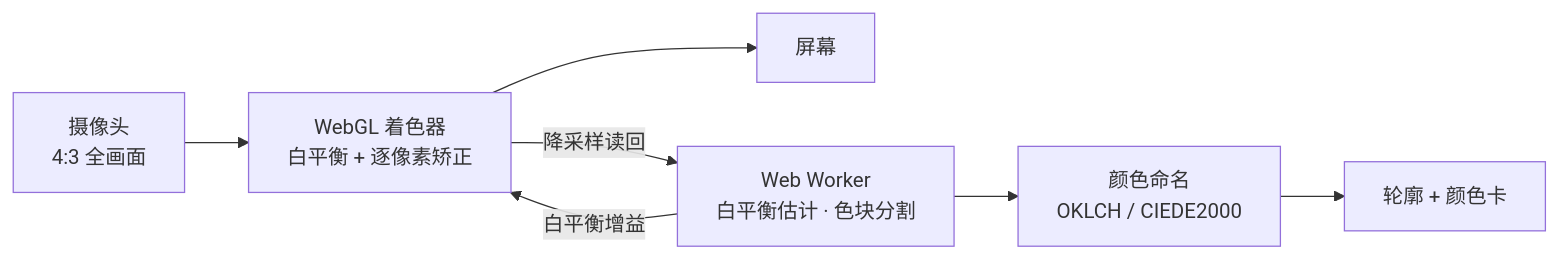
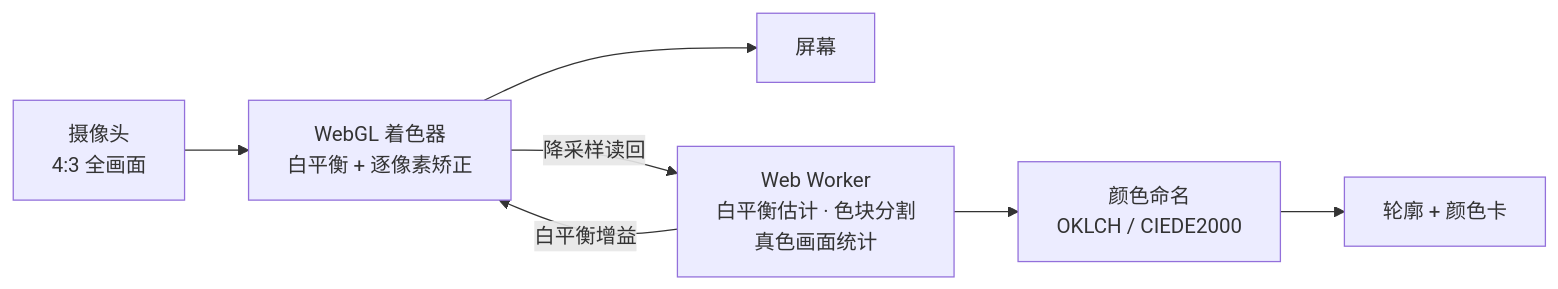
One commit to RoryLi98/AnomalousTrichromatismHelper changed the diagram in README.zh-CN.md. Above: the diagram before and after it, drawn with Mermaid. The commit also changed other lines of this file and 20 other files, not shown here.

Commit message:
v1.5.0: Real/Screen scenes, guide line, validation, chart detection, shadow/mixed-light/uncertainty, true-color correction

````diff
--- a/README.zh-CN.md
+++ b/README.zh-CN.md
@@ -81,9 +93,9 @@
 ```mermaid
 flowchart LR
     CAM["摄像头<br/>4:3 全画面"] --> GPU["WebGL 着色器<br/>白平衡 + 逐像素矫正"]
     GPU --> SCR["屏幕"]
-    GPU -- "降采样读回" --> WK["Web Worker<br/>白平衡估计 · 色块分割"]
+    GPU -- "降采样读回" --> WK["Web Worker<br/>白平衡估计 · 色块分割<br/>真色画面统计"]
     WK -- "白平衡增益" --> GPU
     WK --> NAME["颜色命名<br/>OKLCH / CIEDE2000"]
     NAME --> UI["轮廓 + 颜色卡"]
 ```
````
